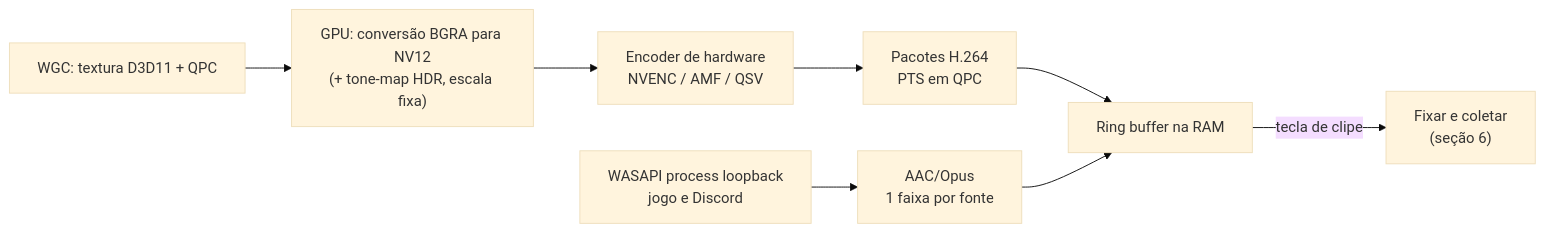
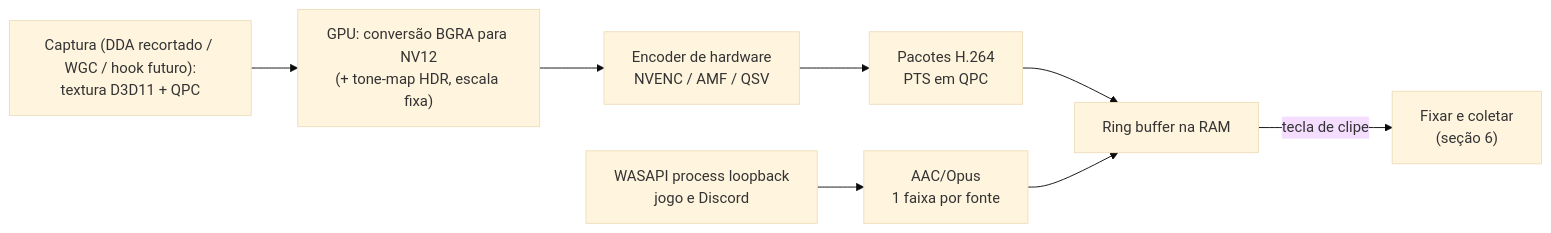
The first of 4 diagrams in docs/pesquisa-app-clipes-sincronizados.md (culturagrowth/code), drawn with Mermaid (base theme) before and after one commit. The commit also changed other lines of this file and 1 other file, not shown here.

First line of the commit message:
docs: decisão de captura — sem injeção por padrão, hook como modo futuro

````diff
--- a/docs/pesquisa-app-clipes-sincronizados.md
+++ b/docs/pesquisa-app-clipes-sincronizados.md
@@ -189,10 +262,10 @@
 ```mermaid
 flowchart LR
-    A["WGC: textura D3D11 + QPC"] --> B["GPU: conversão BGRA para NV12<br/>(+ tone-map HDR, escala fixa)"]
+    A["Captura (DDA recortado / WGC / hook futuro):<br/>textura D3D11 + QPC"] --> B["GPU: conversão BGRA para NV12<br/>(+ tone-map HDR, escala fixa)"]
     B --> C["Encoder de hardware<br/>NVENC / AMF / QSV"]
     C --> D["Pacotes H.264<br/>PTS em QPC"]
     D --> E["Ring buffer na RAM"]
     F["WASAPI process loopback<br/>jogo e Discord"] --> G["AAC/Opus<br/>1 faixa por fonte"]
     G --> E
     E -->|"tecla de clipe"| H["Fixar e coletar<br/>(seção 6)"]
 ```
````
